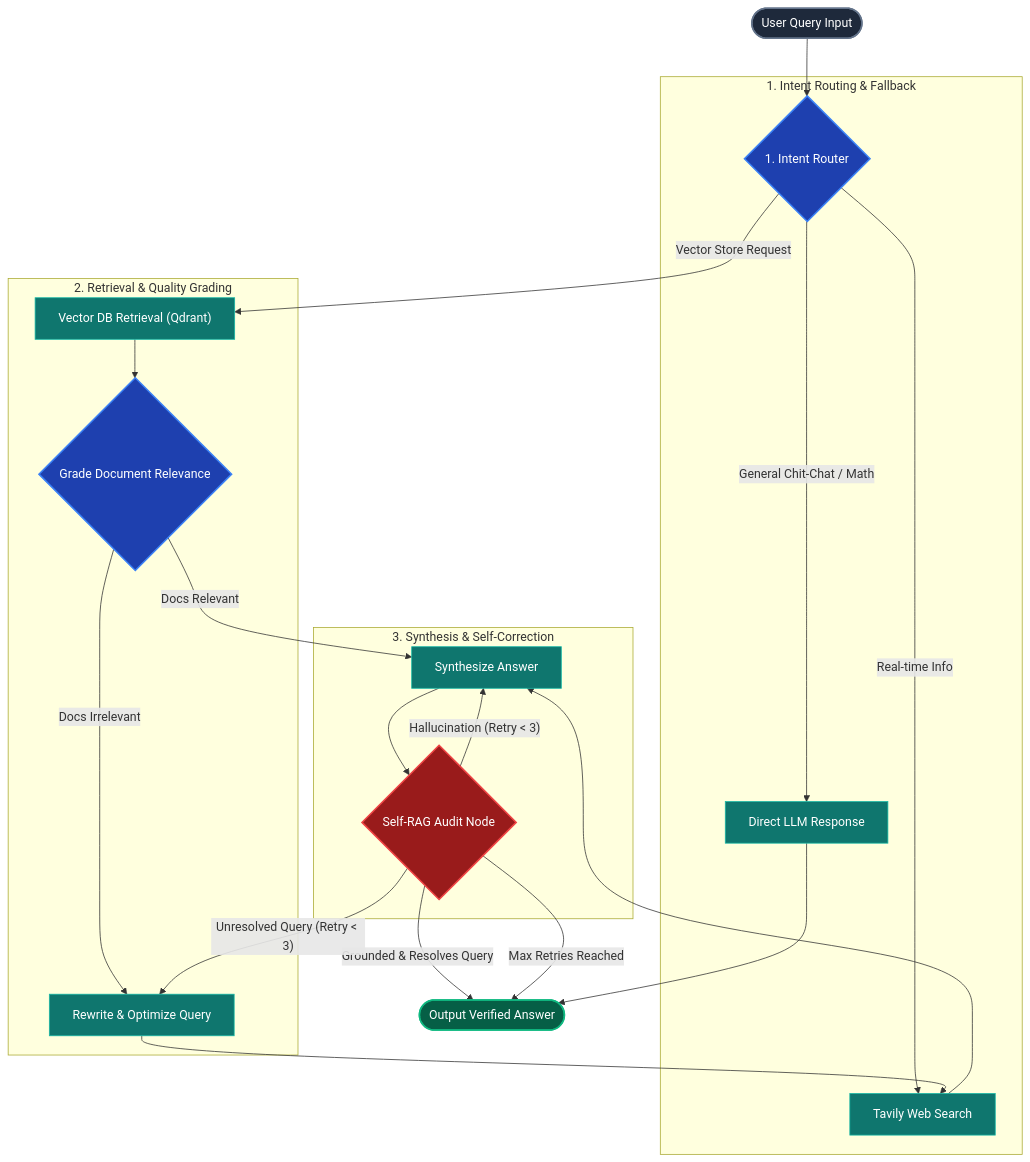
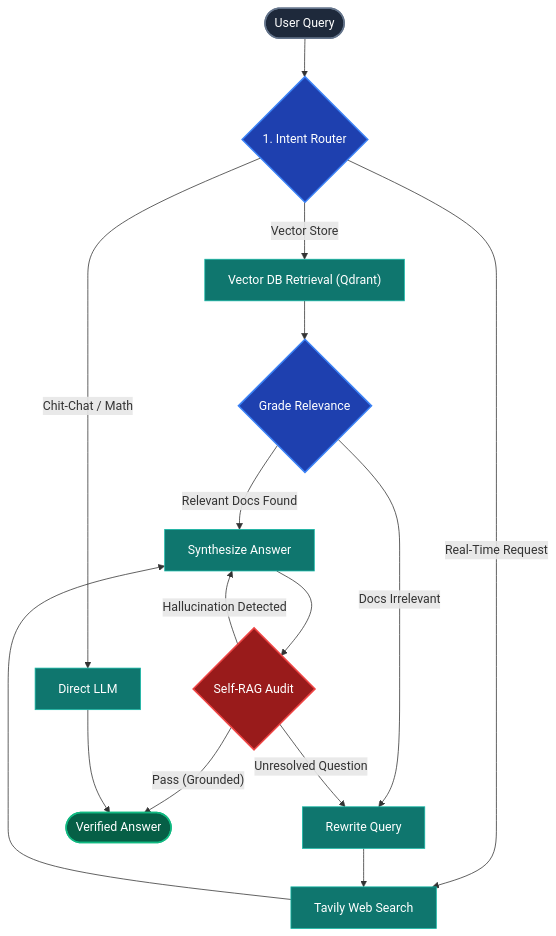
One commit to Armaan-lite/Adaptive-Agentic-RAG-Engine changed the diagram in README.md. Above: the diagram before and after it, drawn with Mermaid.

Commit message:
feat: add self-correction retry bounds, eval suite, and visual recruiter README

````diff
--- a/README.md
+++ b/README.md
@@ -30,57 +30,38 @@
 ```mermaid
 flowchart TD
-    %% Nodes
-    START([User Query Input])
-    END_OK([Output Verified Answer])
-    
-    subgraph STAGE1 ["1. Intent Routing & Fallback"]
-        ROUTER{"1. Intent Router"}
-        GEN_LLM["Direct LLM Response"]
-        WEB["Tavily Web Search"]
-    end
+    START([User Query]) --> ROUTER{"1. Intent Router"}
 
-    subgraph STAGE2 ["2. Retrieval & Quality Grading"]
-        RETRIEVE["Vector DB Retrieval (Qdrant)"]
-        GRADE{"Grade Document Relevance"}
-        REWRITE["Rewrite & Optimize Query"]
-    end
+    %% Primary Routing
+    ROUTER -->|"Vector Store"| RETRIEVE["Vector DB Retrieval (Qdrant)"]
+    ROUTER -->|"Real-Time Request"| WEB["Tavily Web Search"]
+    ROUTER -->|"Chit-Chat / Math"| GEN_LLM["Direct LLM"]
 
-    subgraph STAGE3 ["3. Synthesis & Self-Correction"]
-        GENERATE["Synthesize Answer"]
-        AUDIT{"Self-RAG Audit Node"}
-    end
-
-    %% Flow Edges
-    START --> ROUTER
-
-    ROUTER -- "Vector Store Request" --> RETRIEVE
-    ROUTER -- "Real-time Info" --> WEB
-    ROUTER -- "General Chit-Chat / Math" --> GEN_LLM
-
-    RETRIEVE --> GRADE
-    GRADE -- "Docs Relevant" --> GENERATE
-    GRADE -- "Docs Irrelevant" --> REWRITE
+    %% Document Grading & Fallback
+    RETRIEVE --> GRADE{"Grade Relevance"}
+    GRADE -->|"Relevant Docs Found"| GENERATE["Synthesize Answer"]
+    GRADE -->|"Docs Irrelevant"| REWRITE["Rewrite Query"]
 
     REWRITE --> WEB
     WEB --> GENERATE
 
-    GENERATE --> AUDIT
-    AUDIT -- "Grounded & Resolves Query" --> END_OK
-    AUDIT -- "Hallucination (Retry < 3)" --> GENERATE
-    AUDIT -- "Unresolved Query (Retry < 3)" --> REWRITE
-    AUDIT -- "Max Retries Reached" --> END_OK
+    %% Audit & Output
+    GENERATE --> AUDIT{"Self-RAG Audit"}
+    
+    AUDIT -->|"Pass (Grounded)"| END_OK([Verified Answer])
+    AUDIT -->|"Hallucination Detected"| GENERATE
+    AUDIT -->|"Unresolved Question"| REWRITE
 
     GEN_LLM --> END_OK
 
-    %% Formatting
+    %% Styling
     style START fill:#1e293b,stroke:#64748b,stroke-width:2px,color:#fff
     style END_OK fill:#065f46,stroke:#10b981,stroke-width:2px,color:#fff
     style ROUTER fill:#1e40af,stroke:#3b82f6,stroke-width:2px,color:#fff
     style GRADE fill:#1e40af,stroke:#3b82f6,stroke-width:2px,color:#fff
     style AUDIT fill:#991b1b,stroke:#ef4444,stroke-width:2px,color:#fff
     style RETRIEVE fill:#0f766e,stroke:#14b8a6,stroke-width:1px,color:#fff
     style REWRITE fill:#0f766e,stroke:#14b8a6,stroke-width:1px,color:#fff
     style WEB fill:#0f766e,stroke:#14b8a6,stroke-width:1px,color:#fff
     style GENERATE fill:#0f766e,stroke:#14b8a6,stroke-width:1px,color:#fff
     style GEN_LLM fill:#0f766e,stroke:#14b8a6,stroke-width:1px,color:#fff
 ```
````
